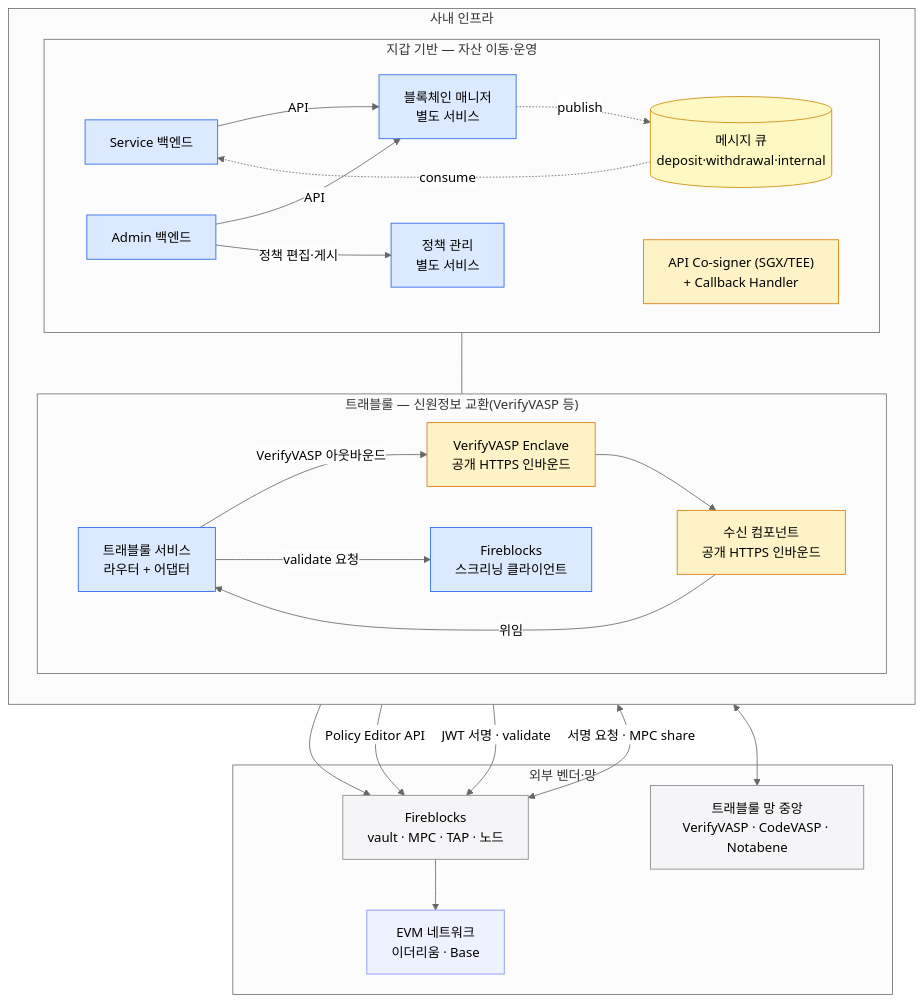
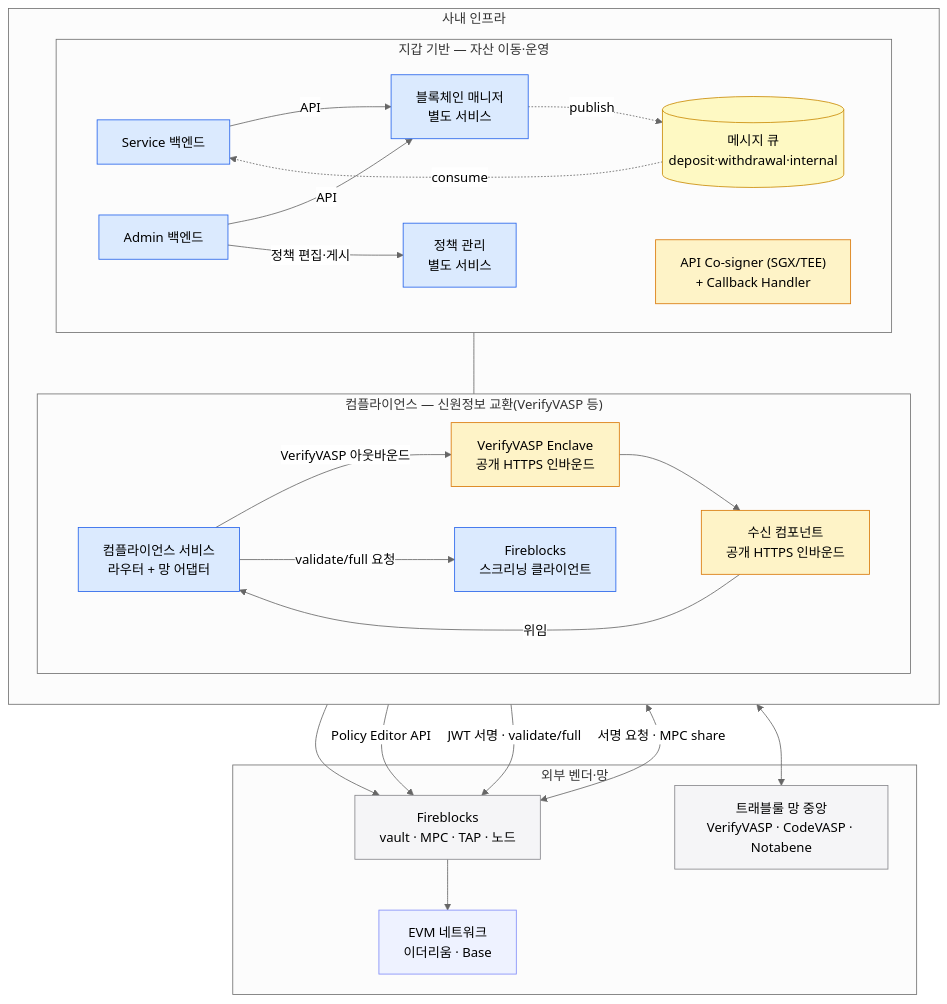
The diagram in blockchain-manager/docs/인프라/설계/00-overview.md (eunsujeo/eunpus), drawn with Mermaid (neutral theme) before and after one commit. The commit also changed other lines of this file and 20 other files, not shown here.

Commit message:
컴플라이언스 서비스 문서 신설(범위·인터페이스·API 정본) + 트래블룰 문서 개명·validate/full 통일 + 문서 사이드바 메서드 배지

````diff
--- a/blockchain-manager/docs/인프라/설계/00-overview.md
+++ b/blockchain-manager/docs/인프라/설계/00-overview.md
@@ -11,56 +11,56 @@
 ```mermaid
 flowchart TB
   subgraph OURS["사내 인프라"]
     direction TB
     subgraph WAL["지갑 기반 — 자산 이동·운영"]
       direction LR
       SVC["Service 백엔드"]
       ADM["Admin 백엔드"]
       BM["블록체인 매니저<br/>별도 서비스"]
       MQ[("메시지 큐<br/>deposit·withdrawal·internal")]
       PADM["정책 관리<br/>별도 서비스"]
       COS["API Co-signer (SGX/TEE)<br/>+ Callback Handler"]
     end
-    subgraph TRZ["트래블룰 — 신원정보 교환(VerifyVASP 등)"]
+    subgraph TRZ["컴플라이언스 — 신원정보 교환(VerifyVASP 등)"]
       direction LR
-      GATE["트래블룰 서비스<br/>라우터 + 어댑터"]
+      GATE["컴플라이언스 서비스<br/>라우터 + 망 어댑터"]
       RX["수신 컴포넌트<br/>공개 HTTPS 인바운드"]
       EN["VerifyVASP Enclave<br/>공개 HTTPS 인바운드"]
       FBCLI["Fireblocks<br/>스크리닝 클라이언트"]
     end
   end
 
   subgraph EXTZ["외부 벤더·망"]
     FB["Fireblocks<br/>vault · MPC · TAP · 노드"]
     EVM["EVM 네트워크<br/>이더리움 · Base"]
     TRNET["트래블룰 망 중앙<br/>VerifyVASP · CodeVASP · Notabene"]
   end
 
   SVC -->|API| BM
   ADM -->|API| BM
   BM -.->|publish| MQ
   MQ -.->|consume| SVC
   ADM -->|정책 편집·게시| PADM
   SVC --- GATE
   GATE -->|VerifyVASP 아웃바운드| EN
-  GATE -->|validate 요청| FBCLI
+  GATE -->|validate/full 요청| FBCLI
   EN --> RX
   RX -->|위임| GATE
   BM --> FB
   PADM -->|Policy Editor API| FB
-  FBCLI -->|JWT 서명 · validate| FB
+  FBCLI -->|JWT 서명 · validate/full| FB
   COS <-->|서명 요청 · MPC share| FB
   FB --> EVM
   EN <--> TRNET
 
   classDef ours fill:#dbeafe,stroke:#2563eb;
   classDef selfhost fill:#fef3c7,stroke:#d97706;
   classDef mq fill:#fef9c3,stroke:#ca8a04;
   classDef vendor fill:#f5f5f7,stroke:#86868b;
   classDef chain fill:#eef2ff,stroke:#818cf8;
   class SVC,ADM,BM,GATE,FBCLI,PADM ours
   class COS,RX,EN selfhost
   class MQ mq
   class FB,TRNET vendor
   class EVM chain
 ```
````
